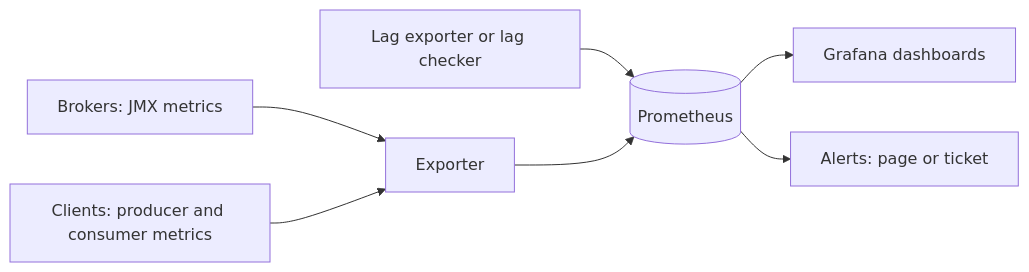
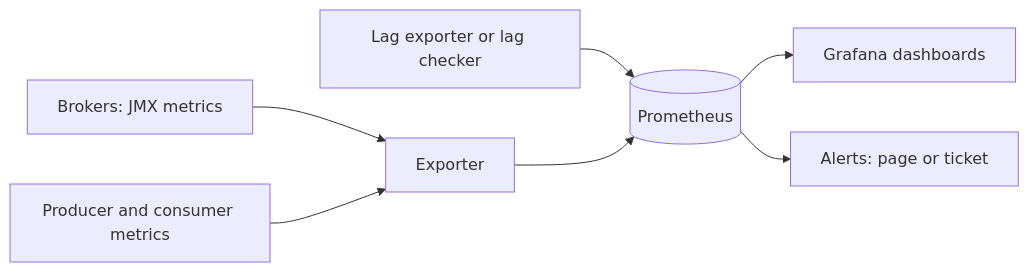
Before and after one commit to jubin-techwiz/learning: the second of 2 diagrams in notes/02-messaging/02-kafka/17-monitoring-lag-capacity.md, drawn with Mermaid. The commit also changed other lines of this file and 37 other files, not shown here.

````diff
--- a/notes/02-messaging/02-kafka/17-monitoring-lag-capacity.md
+++ b/notes/02-messaging/02-kafka/17-monitoring-lag-capacity.md
@@ -45,9 +68,9 @@
 ```mermaid
 flowchart LR
     B[Brokers: JMX metrics] --> E[Exporter]
-    CL[Clients: producer and consumer metrics] --> E
+    CL[Producer and consumer metrics] --> E
     LG[Lag exporter or lag checker] --> P[(Prometheus)]
     E --> P
     P --> G[Grafana dashboards]
     P --> A[Alerts: page or ticket]
 ```
````
